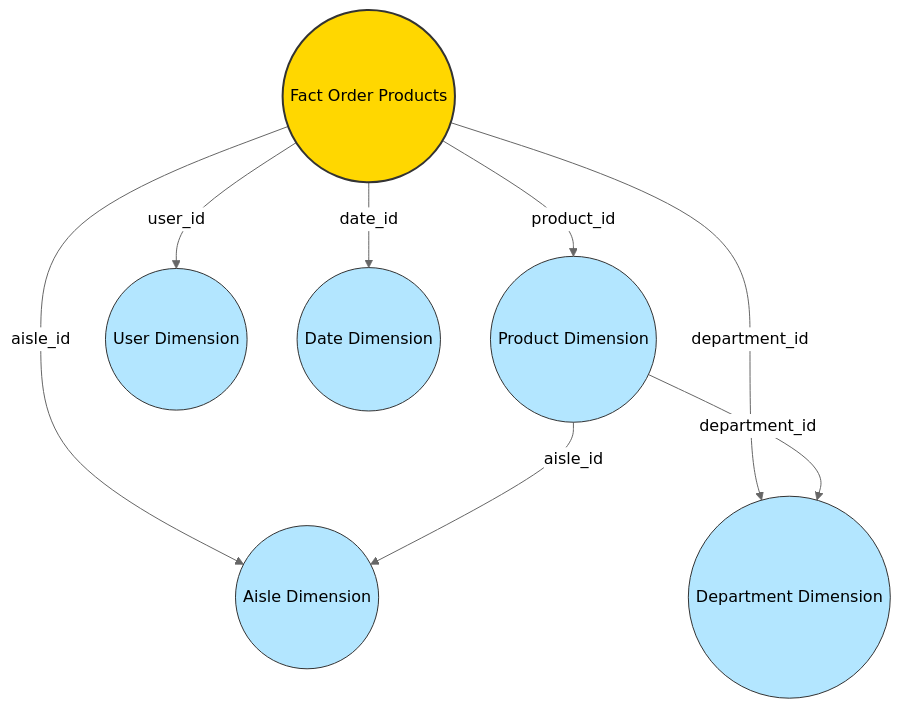
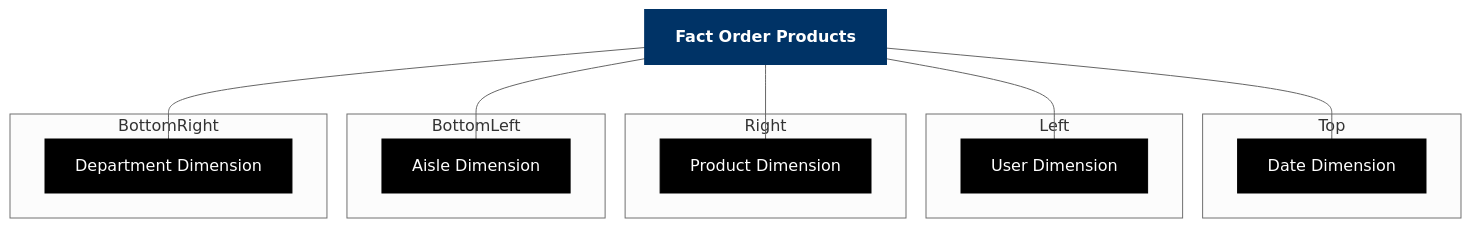
Before and after one commit to YonatanHanasav/Data-Engineering-Projects: the second of 2 diagrams in spark-star-schema-project/README.md, drawn with Mermaid (neutral theme).

Commit message:
Updated spark-project readme file

````diff
--- a/spark-star-schema-project/README.md
+++ b/spark-star-schema-project/README.md
@@ -59,26 +59,33 @@
 ```mermaid
 graph TD
-  DIM_PRODUCT((Product Dimension))
-  DIM_USER((User Dimension))
-  DIM_DATE((Date Dimension))
-  DIM_AISLE((Aisle Dimension))
-  DIM_DEPARTMENT((Department Dimension))
-  
-  FACT_ORDER_PRODUCTS((Fact Order Products))
-  
-  FACT_ORDER_PRODUCTS -- product_id --> DIM_PRODUCT
-  FACT_ORDER_PRODUCTS -- user_id --> DIM_USER
-  FACT_ORDER_PRODUCTS -- date_id --> DIM_DATE
-  FACT_ORDER_PRODUCTS -- aisle_id --> DIM_AISLE
-  FACT_ORDER_PRODUCTS -- department_id --> DIM_DEPARTMENT
-  
-  DIM_PRODUCT -- aisle_id --> DIM_AISLE
-  DIM_PRODUCT -- department_id --> DIM_DEPARTMENT
+    subgraph Top
+        DIM_DATE["Date Dimension"]
+    end
+    subgraph Left
+        DIM_USER["User Dimension"]
+    end
+    subgraph Right
+        DIM_PRODUCT["Product Dimension"]
+    end
+    subgraph BottomLeft
+        DIM_AISLE["Aisle Dimension"]
+    end
+    subgraph BottomRight
+        DIM_DEPARTMENT["Department Dimension"]
+    end
 
-  style FACT_ORDER_PRODUCTS fill:#ffd700,stroke:#333,stroke-width:2px
-  style DIM_PRODUCT fill:#b3e6ff,stroke:#333,stroke-width:1px
-  style DIM_USER fill:#b3e6ff,stroke:#333,stroke-width:1px
-  style DIM_DATE fill:#b3e6ff,stroke:#333,stroke-width:1px
-  style DIM_AISLE fill:#b3e6ff,stroke:#333,stroke-width:1px
-  style DIM_DEPARTMENT fill:#b3e6ff,stroke:#333,stroke-width:1px
+    FACT["Fact Order Products"]
+
+    FACT --- DIM_DATE
+    FACT --- DIM_USER
+    FACT --- DIM_PRODUCT
+    FACT --- DIM_AISLE
+    FACT --- DIM_DEPARTMENT
+
+    style FACT fill:#003366,stroke:#003366,stroke-width:2px,color:#fff,font-weight:bold
+    style DIM_DATE fill:#000,stroke:#000,stroke-width:1px,color:#fff
+    style DIM_USER fill:#000,stroke:#000,stroke-width:1px,color:#fff
+    style DIM_PRODUCT fill:#000,stroke:#000,stroke-width:1px,color:#fff
+    style DIM_AISLE fill:#000,stroke:#000,stroke-width:1px,color:#fff
+    style DIM_DEPARTMENT fill:#000,stroke:#000,stroke-width:1px,color:#fff
 ```
````
